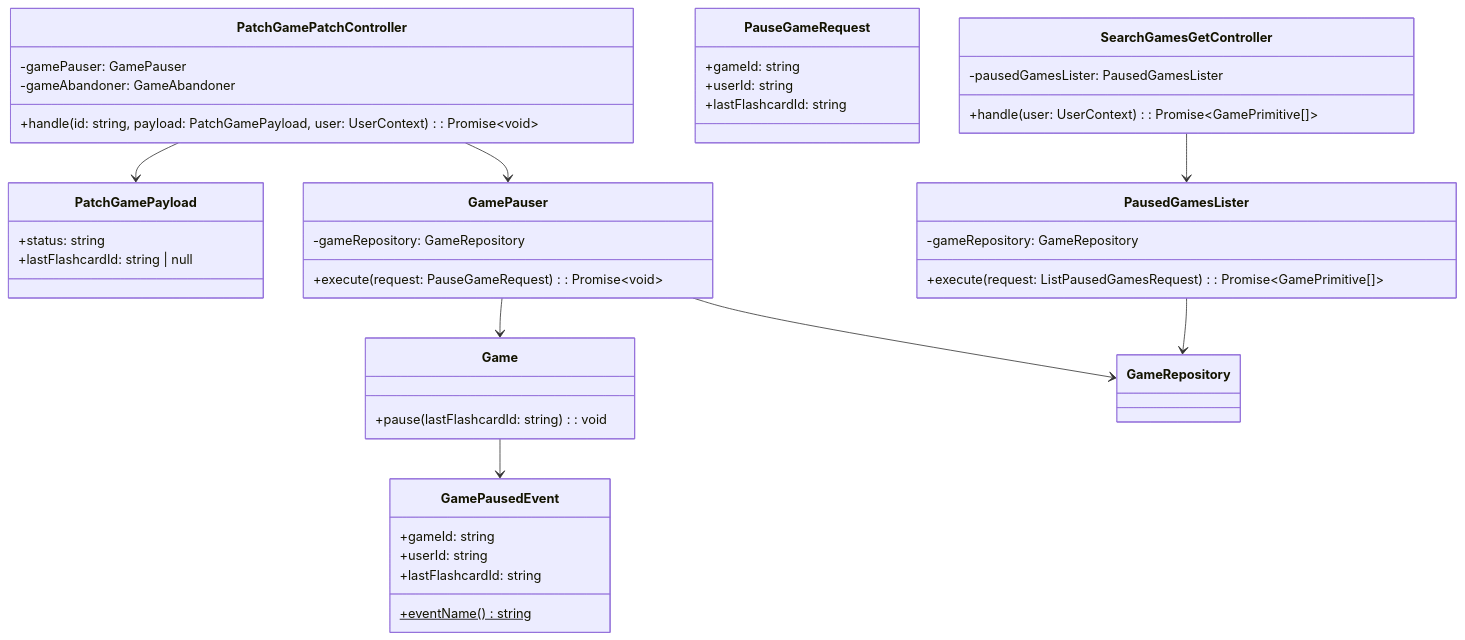
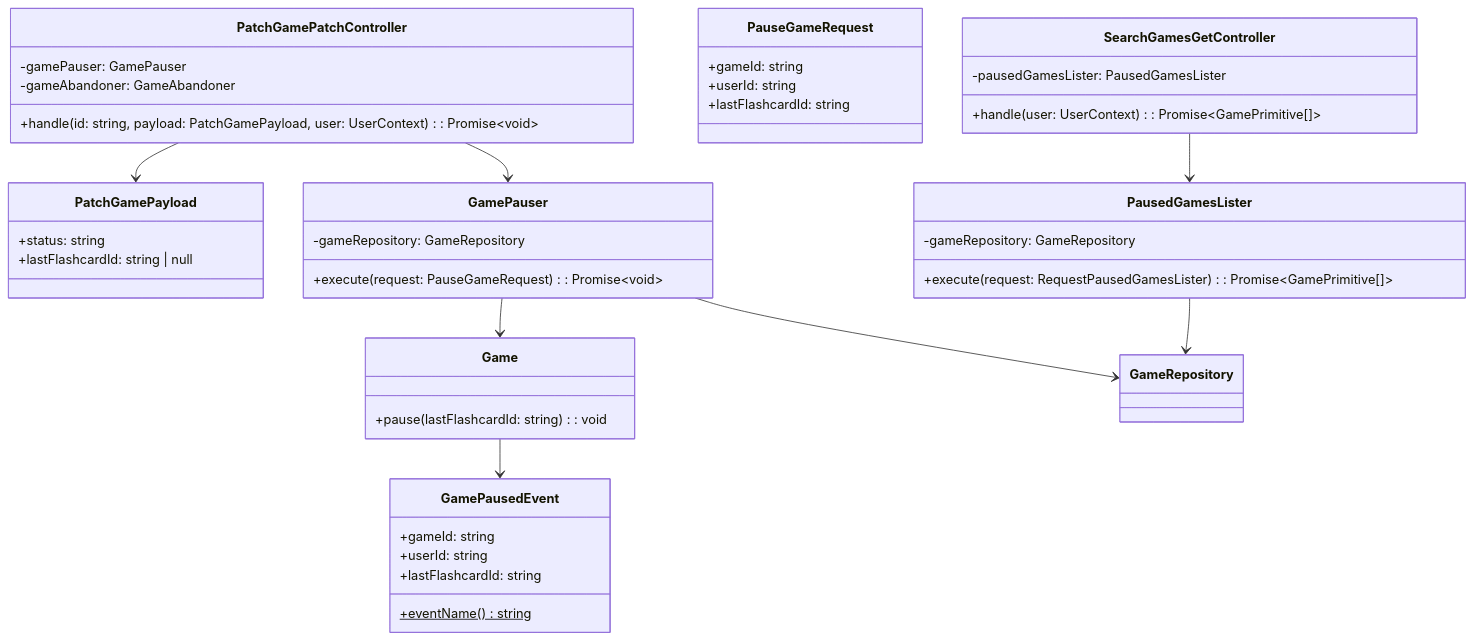
Before and after one commit to AbrahamVilchesDeLaCruz/ididntcatchthat: the diagram in docs/apps/api/gaming/pause/classes.md, drawn with Mermaid. The commit also changed 2 other files, not shown here.

Commit message:
docs(gaming): sync task spec with current controllers and persistence
Remove references to deleted AttemptEntity/ViewEntity and outdated
controller names after gaming audit refactor.

````diff
--- a/docs/apps/api/gaming/pause/classes.md
+++ b/docs/apps/api/gaming/pause/classes.md
@@ -3,53 +3,53 @@
 ```mermaid
 classDiagram
     class PatchGamePatchController {
         -gamePauser: GamePauser
         -gameAbandoner: GameAbandoner
         +handle(id: string, payload: PatchGamePayload, user: UserContext): Promise~void~
     }
 
     class PatchGamePayload {
         +status: string
         +lastFlashcardId: string | null
     }
 
     class GamePauser {
         -gameRepository: GameRepository
         +execute(request: PauseGameRequest): Promise~void~
     }
 
     class PauseGameRequest {
         +gameId: string
         +userId: string
         +lastFlashcardId: string
     }
 
     class PausedGamesLister {
         -gameRepository: GameRepository
-        +execute(request: ListPausedGamesRequest): Promise~GamePrimitive[]~
+        +execute(request: RequestPausedGamesLister): Promise~GamePrimitive[]~
     }
 
     class SearchGamesGetController {
         -pausedGamesLister: PausedGamesLister
         +handle(user: UserContext): Promise~GamePrimitive[]~
     }
 
     class Game {
         +pause(lastFlashcardId: string): void
     }
 
     class GamePausedEvent {
         +eventName()$ string
         +gameId: string
         +userId: string
         +lastFlashcardId: string
     }
 
     PatchGamePatchController --> GamePauser
     PatchGamePatchController --> PatchGamePayload
     GamePauser --> GameRepository
     GamePauser --> Game
     Game --> GamePausedEvent
     SearchGamesGetController --> PausedGamesLister
     PausedGamesLister --> GameRepository
 ```
````
